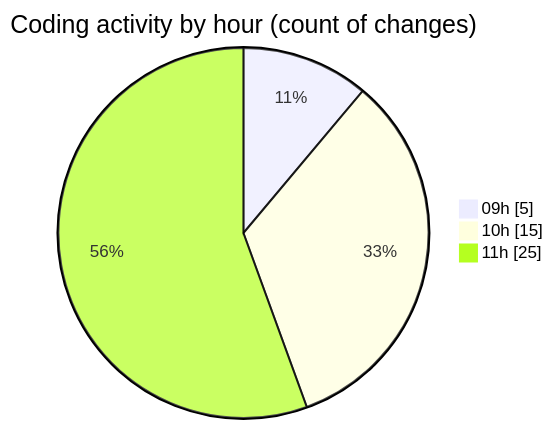
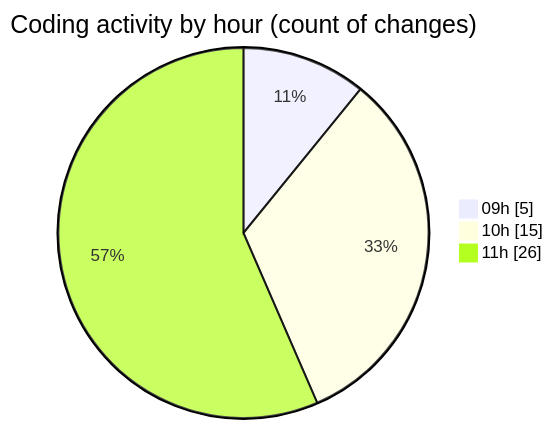
Before and after one commit to CELIANVF/code-tracking: the second of 2 diagrams in 2025-06-13/ecodeli-1/README.md, drawn with Mermaid. The commit also changed other lines of this file and 1 other file, not shown here.

````diff
--- a/2025-06-13/ecodeli-1/README.md
+++ b/2025-06-13/ecodeli-1/README.md
@@ -41,7 +41,7 @@
 ```mermaid
 pie showData
 title Coding activity by hour (count of changes)
 "09h" : 5
 "10h" : 15
-"11h" : 25
+"11h" : 26
 ```
````
